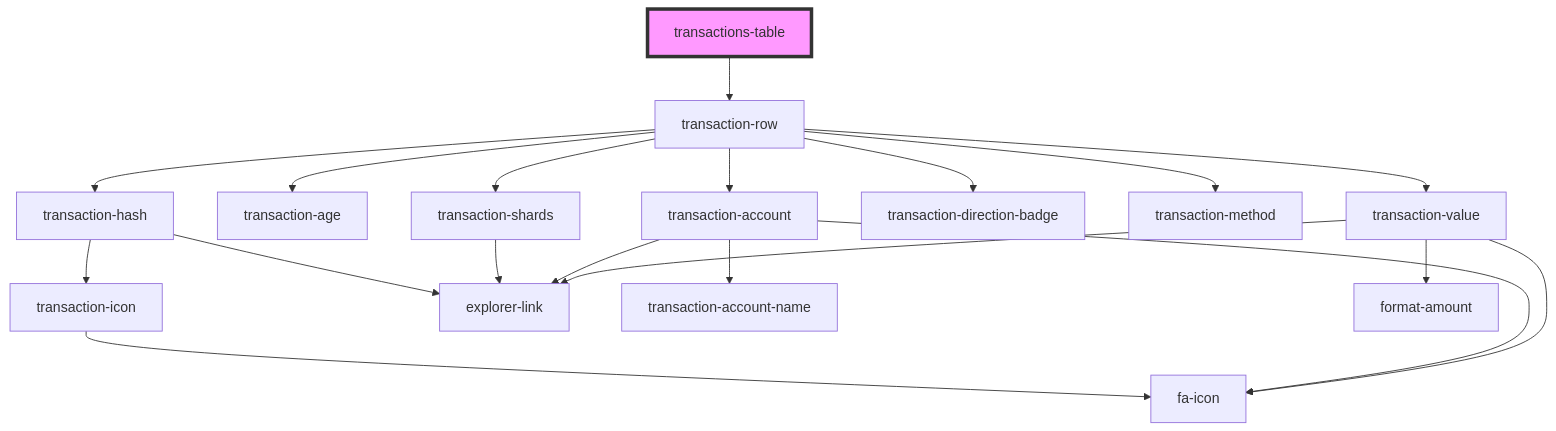
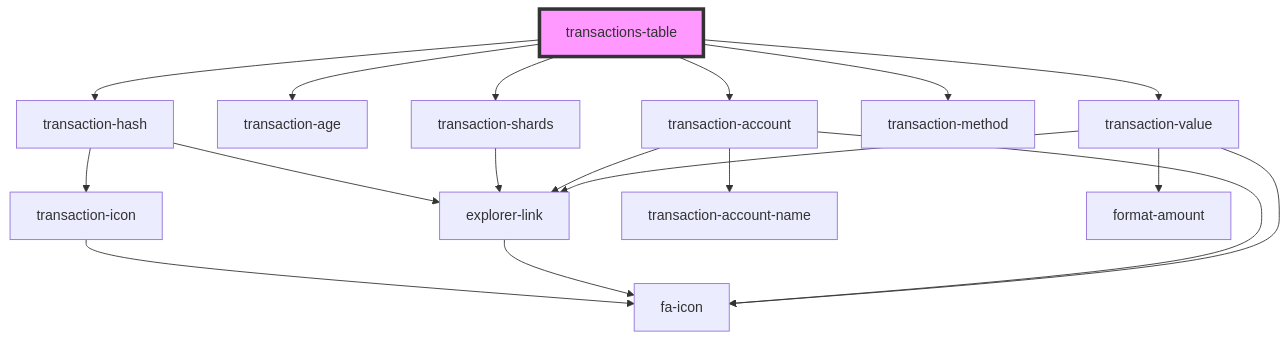
One commit to multiversx/mx-sdk-dapp-ui changed the diagram in src/components/transactions-table/readme.md. Above: the diagram before and after it, drawn with Mermaid. The commit also changed other lines of this file and 54 other files, not shown here.

Commit message:
Added transactions table styling

````diff
--- a/src/components/transactions-table/readme.md
+++ b/src/components/transactions-table/readme.md
@@ -23,22 +28,21 @@
 ```mermaid
 graph TD;
-  transactions-table --> transaction-row
-  transaction-row --> transaction-hash
-  transaction-row --> transaction-age
-  transaction-row --> transaction-shards
-  transaction-row --> transaction-account
-  transaction-row --> transaction-direction-badge
-  transaction-row --> transaction-method
-  transaction-row --> transaction-value
+  transactions-table --> transaction-hash
+  transactions-table --> transaction-age
+  transactions-table --> transaction-shards
+  transactions-table --> transaction-account
+  transactions-table --> transaction-method
+  transactions-table --> transaction-value
   transaction-hash --> transaction-icon
   transaction-hash --> explorer-link
   transaction-icon --> fa-icon
+  explorer-link --> fa-icon
   transaction-shards --> explorer-link
   transaction-account --> fa-icon
   transaction-account --> explorer-link
   transaction-account --> transaction-account-name
   transaction-value --> format-amount
   transaction-value --> explorer-link
   transaction-value --> fa-icon
   style transactions-table fill:#f9f,stroke:#333,stroke-width:4px
 ```
````
